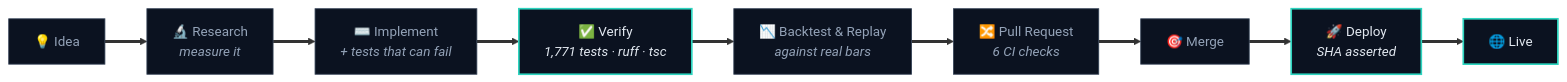
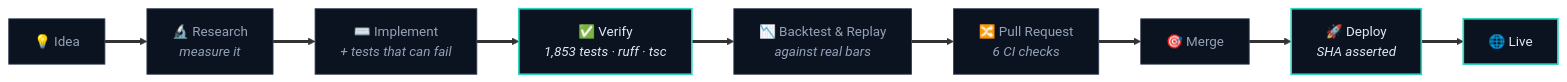
The third of 4 diagrams in README.md (wealthwise-advisors/trading-platform), drawn with Mermaid before and after one commit. The commit also changed other lines of this file and 2 other files, not shown here.

````diff
--- a/README.md
+++ b/README.md
@@ -351,16 +351,16 @@
 ```mermaid
 flowchart LR
     ID["💡 Idea"] ==> RE["🔬 Research<br/><i>measure it</i>"]
     RE ==> IM["⌨️ Implement<br/><i>+ tests that can fail</i>"]
-    IM ==> VA["✅ Verify<br/><i>1,771 tests · ruff · tsc</i>"]
+    IM ==> VA["✅ Verify<br/><i>1,853 tests · ruff · tsc</i>"]
     VA ==> BR["📉 Backtest & Replay<br/><i>against real bars</i>"]
     BR ==> PR["🔀 Pull Request<br/><i>6 CI checks</i>"]
     PR ==> MG["🎯 Merge"]
     MG ==> DP["🚀 Deploy<br/><i>SHA asserted</i>"]
     DP ==> LV["🌐 Live"]
 
     classDef n fill:#0b1220,stroke:#334155,stroke-width:1px,color:#94a3b8
     classDef k fill:#0b1220,stroke:#2dd4bf,stroke-width:2px,color:#e2e8f0
     class ID,RE,IM,BR,PR,MG n
     class VA,DP,LV k
 ```
````
